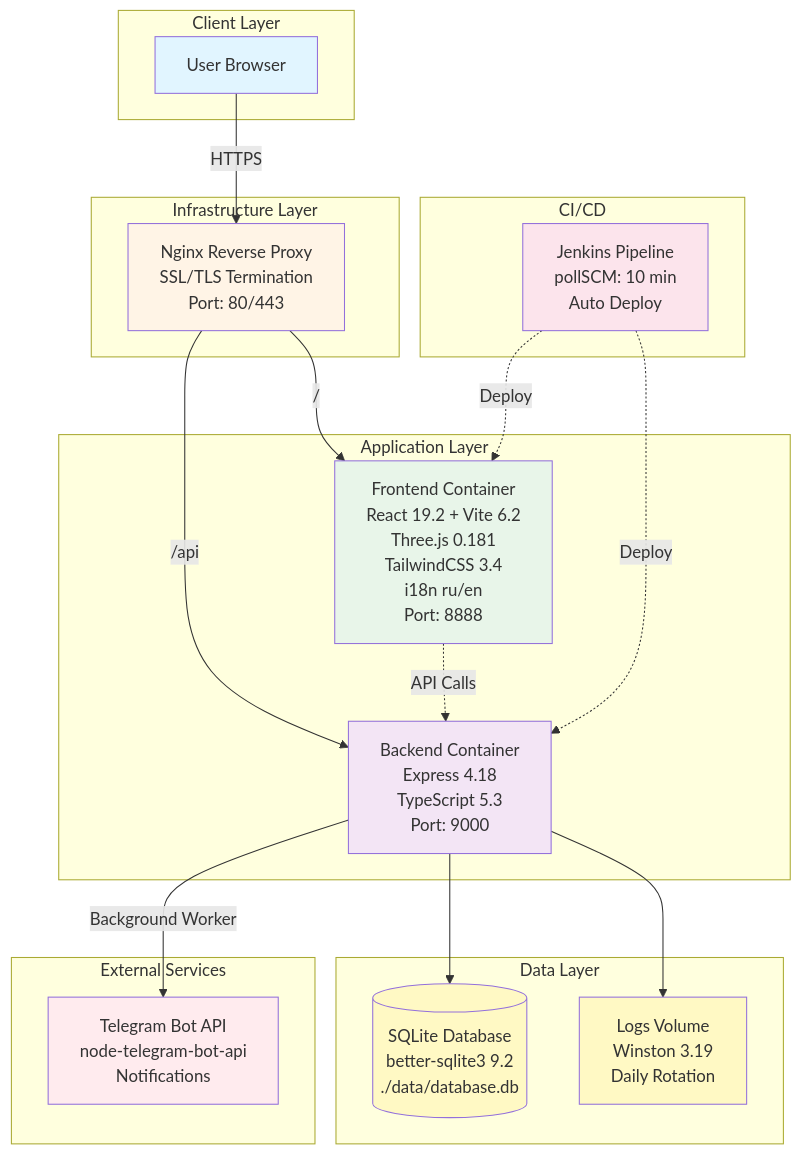
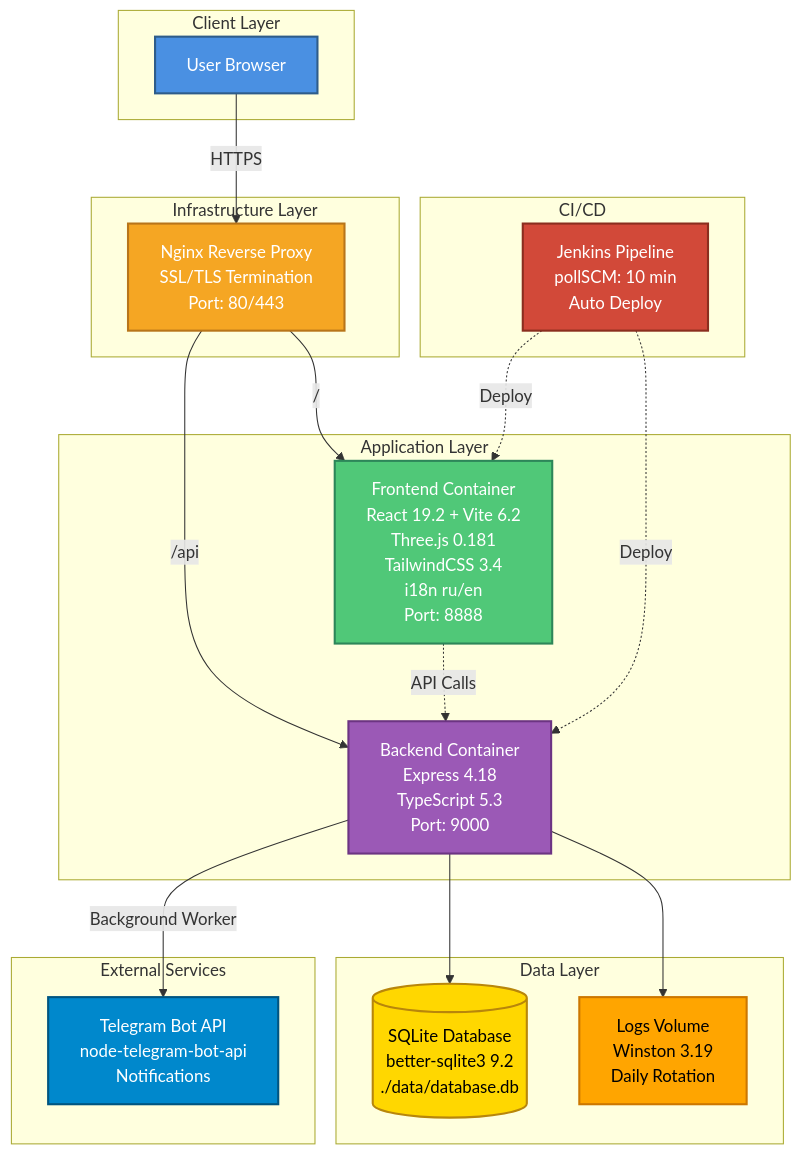
One commit to FerrPOINT/personal-page changed the diagram in README.md. Above: the diagram before and after it, drawn with Mermaid.

Commit message:
docs: improve Mermaid diagram colors for better readability
- Replace gray colors with bright, contrasting colors
- Use white text on dark backgrounds for better contrast
- Professional color scheme: blue, orange, green, purple, gold, etc.
- Better visibility and readability

````diff
--- a/README.md
+++ b/README.md
@@ -118,47 +118,47 @@
 ```mermaid
 graph TB
     subgraph "Client Layer"
         Browser[User Browser]
     end
     
     subgraph "Infrastructure Layer"
         Nginx[Nginx Reverse Proxy<br/>SSL/TLS Termination<br/>Port: 80/443]
     end
     
     subgraph "Application Layer"
         Frontend[Frontend Container<br/>React 19.2 + Vite 6.2<br/>Three.js 0.181<br/>TailwindCSS 3.4<br/>i18n ru/en<br/>Port: 8888]
         Backend[Backend Container<br/>Express 4.18<br/>TypeScript 5.3<br/>Port: 9000]
     end
     
     subgraph "Data Layer"
         Database[(SQLite Database<br/>better-sqlite3 9.2<br/>./data/database.db)]
         Logs[Logs Volume<br/>Winston 3.19<br/>Daily Rotation]
     end
     
     subgraph "External Services"
         Telegram[Telegram Bot API<br/>node-telegram-bot-api<br/>Notifications]
     end
     
     subgraph "CI/CD"
         Jenkins[Jenkins Pipeline<br/>pollSCM: 10 min<br/>Auto Deploy]
     end
     
     Browser -->|HTTPS| Nginx
     Nginx -->|/| Frontend
     Nginx -->|/api| Backend
     Frontend -.->|API Calls| Backend
     Backend --> Database
     Backend --> Logs
     Backend -->|Background Worker| Telegram
     Jenkins -.->|Deploy| Frontend
     Jenkins -.->|Deploy| Backend
     
-    style Browser fill:#e1f5ff
-    style Nginx fill:#fff4e6
-    style Frontend fill:#e8f5e9
-    style Backend fill:#f3e5f5
-    style Database fill:#fff9c4
-    style Logs fill:#fff9c4
-    style Telegram fill:#ffebee
-    style Jenkins fill:#fce4ec
+    style Browser fill:#4A90E2,stroke:#2E5C8A,stroke-width:2px,color:#FFFFFF
+    style Nginx fill:#F5A623,stroke:#B8751A,stroke-width:2px,color:#FFFFFF
+    style Frontend fill:#50C878,stroke:#2D8659,stroke-width:2px,color:#FFFFFF
+    style Backend fill:#9B59B6,stroke:#6C3483,stroke-width:2px,color:#FFFFFF
+    style Database fill:#FFD700,stroke:#B8860B,stroke-width:2px,color:#000000
+    style Logs fill:#FFA500,stroke:#CC7700,stroke-width:2px,color:#000000
+    style Telegram fill:#0088CC,stroke:#005580,stroke-width:2px,color:#FFFFFF
+    style Jenkins fill:#D24939,stroke:#8B2E1F,stroke-width:2px,color:#FFFFFF
 ```
````
